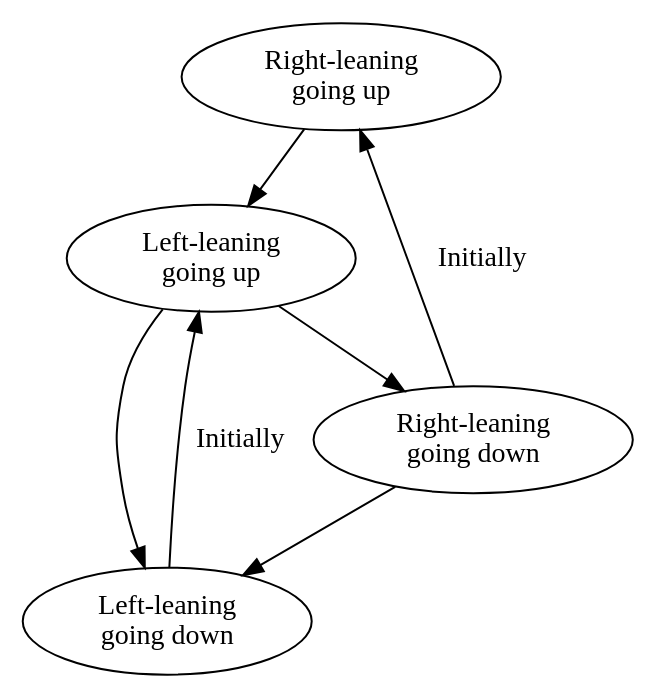
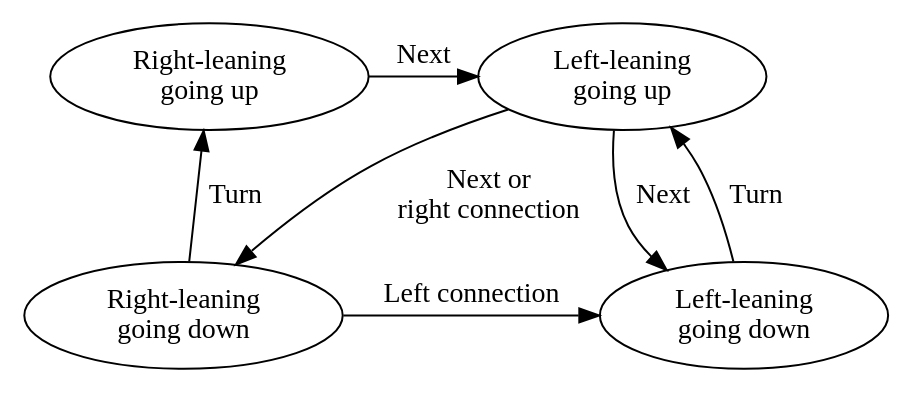
Before and after one commit to juriad/diplomka: the diagram in usr-trans.dot, drawn with Graphviz. The commit also changed 5 other files, not shown here.

```diff
--- a/usr-trans.dot
+++ b/usr-trans.dot
@@ -1,17 +1,22 @@
 digraph {
+//	rankdir=LR
+//	ratio=compress
+
 	rlu [label="Right-leaning\ngoing up"];
 	llu [label="Left-leaning\n going up"];
 	rld [label="Right-leaning\ngoing down"];
 	lld [label="Left-leaning\ngoing down"];
 
+	{rank=same; rlu llu}
+	{rank=same; rld lld}
 
-	llu -> lld;
-	llu -> rld;
+	llu -> lld [label="Next"];
+	llu -> rld [label="Next or\nright connection"];
 	
-	rld -> lld;
+	rld -> lld [label="Left connection"];
 
-	rlu -> llu;
+	rlu -> llu [label="Next"];
 
-	lld -> llu [label="Initially"];
-	rld -> rlu [label="Initially"];
+	lld -> llu [label="Turn"];
+	rld -> rlu [label="Turn"];
 }
```
